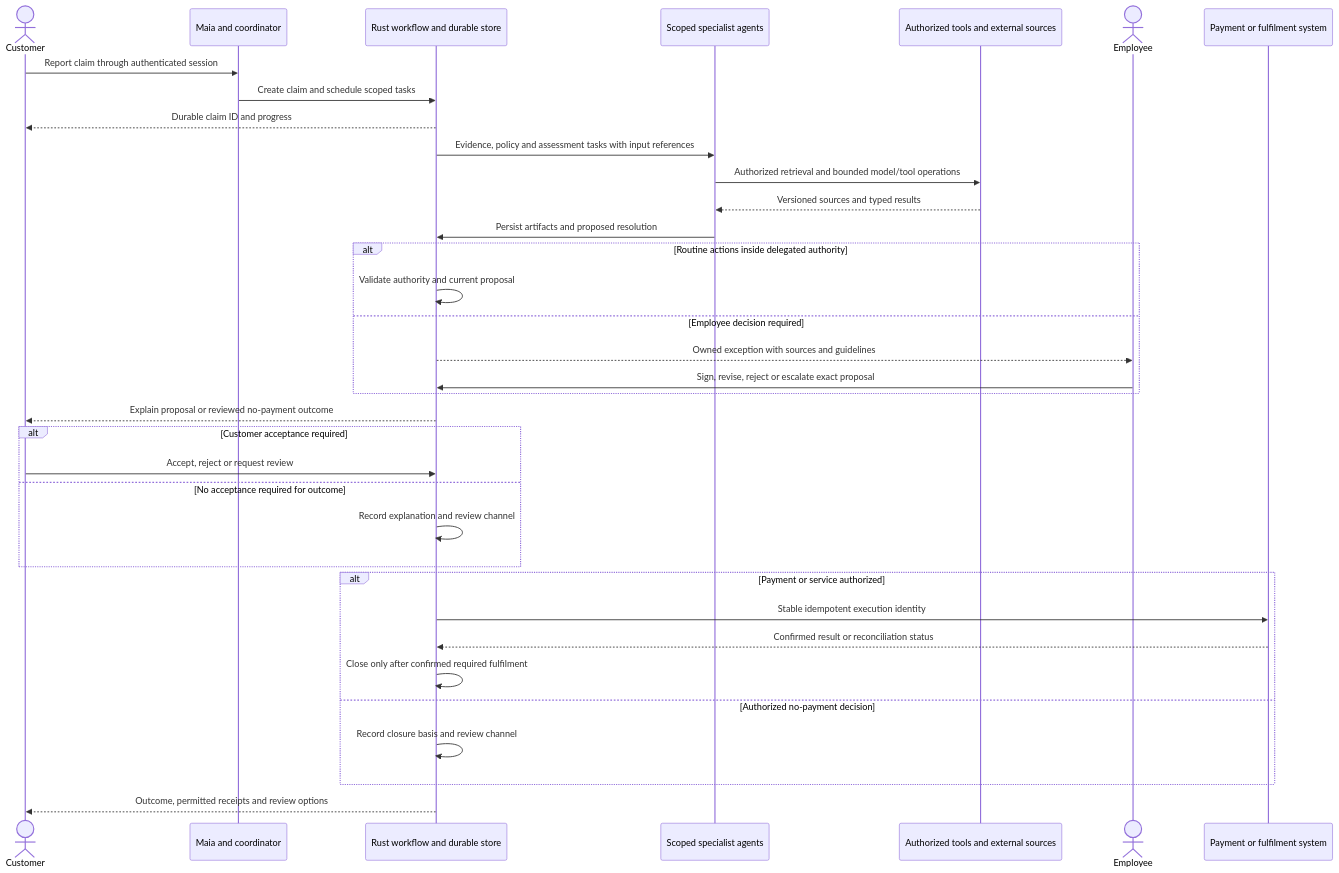
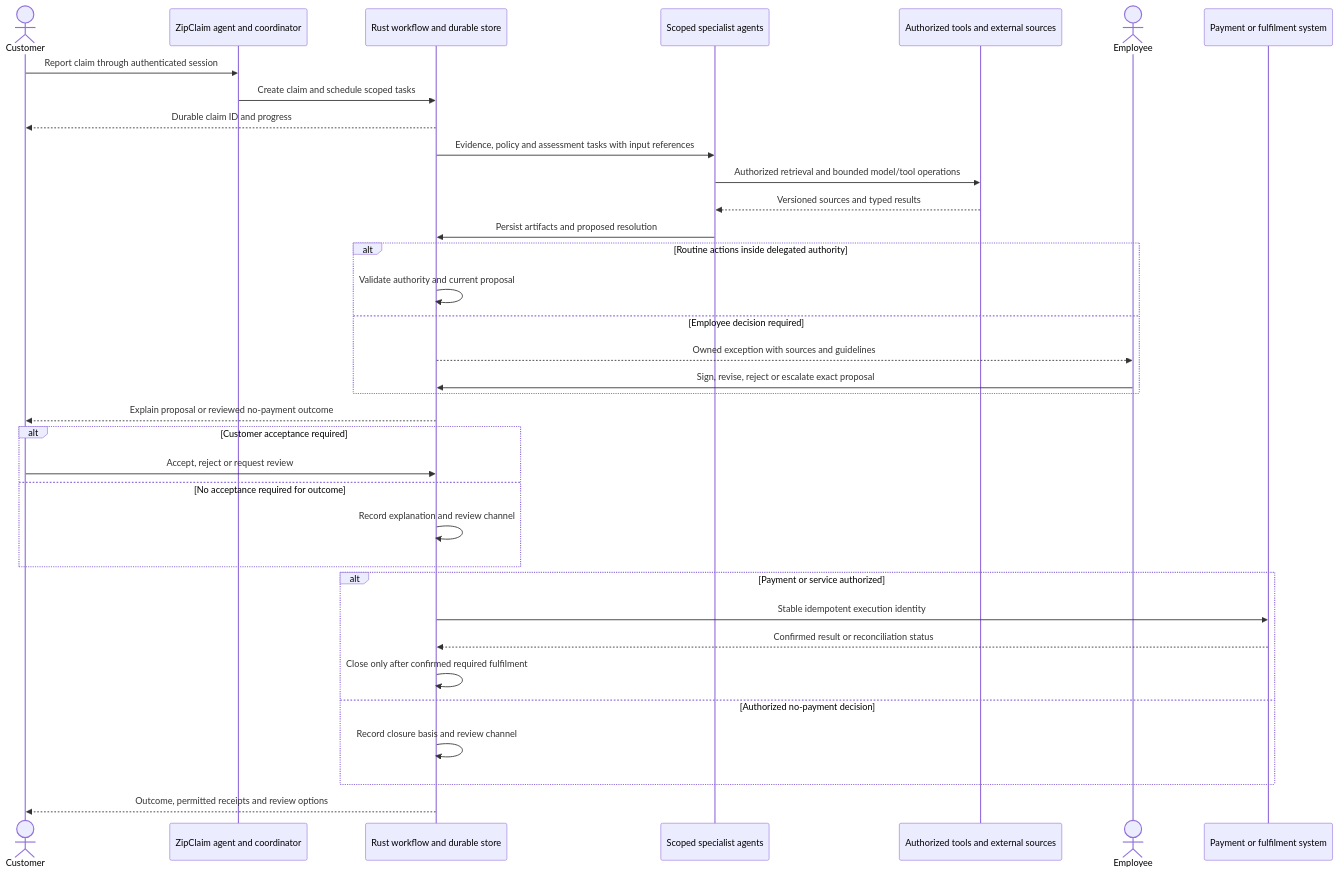
Before and after one commit to niksacdev/jev-sample: the fifth of 7 diagrams in docs/system-design.md, drawn with Mermaid. The commit also changed other lines of this file and 70 other files, not shown here.

First line of the commit message:
ZipClaim AI-native workflow, live instrumentation and guided setup

````diff
--- a/docs/system-design.md
+++ b/docs/system-design.md
@@ -362,37 +487,37 @@
 ```mermaid
 sequenceDiagram
     actor C as Customer
-    participant R as Maia and coordinator
+    participant R as ZipClaim agent and coordinator
     participant W as Rust workflow and durable store
     participant A as Scoped specialist agents
     participant T as Authorized tools and external sources
     actor E as Employee
     participant P as Payment or fulfilment system
     C->>R: Report claim through authenticated session
     R->>W: Create claim and schedule scoped tasks
     W-->>C: Durable claim ID and progress
     W->>A: Evidence, policy and assessment tasks with input references
     A->>T: Authorized retrieval and bounded model/tool operations
     T-->>A: Versioned sources and typed results
     A->>W: Persist artifacts and proposed resolution
     alt Routine actions inside delegated authority
         W->>W: Validate authority and current proposal
     else Employee decision required
         W-->>E: Owned exception with sources and guidelines
         E->>W: Sign, revise, reject or escalate exact proposal
     end
     W-->>C: Explain proposal or reviewed no-payment outcome
     alt Customer acceptance required
         C->>W: Accept, reject or request review
     else No acceptance required for outcome
         W->>W: Record explanation and review channel
     end
     alt Payment or service authorized
         W->>P: Stable idempotent execution identity
         P-->>W: Confirmed result or reconciliation status
         W->>W: Close only after confirmed required fulfilment
     else Authorized no-payment decision
         W->>W: Record closure basis and review channel
     end
     W-->>C: Outcome, permitted receipts and review options
 ```
````
